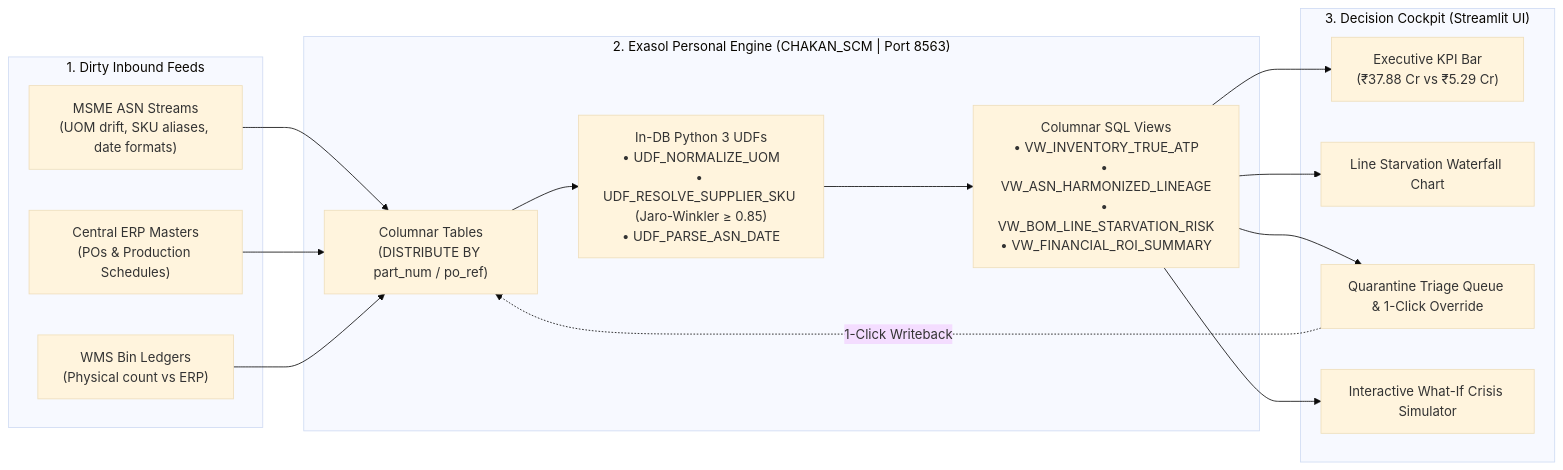
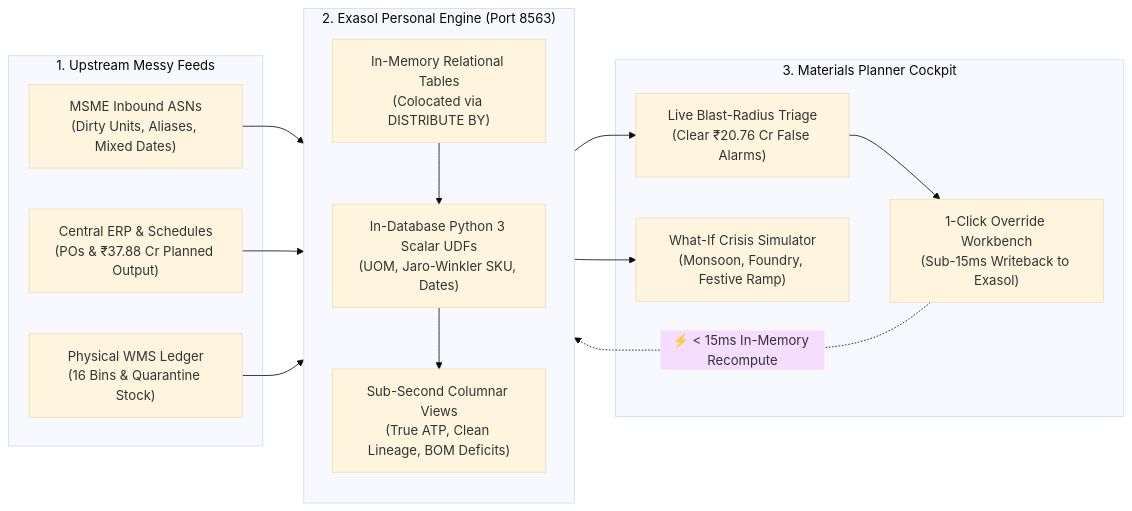
One commit to Khprateek/mangrove changed the first of 4 diagrams in README.md. Above: the diagram before and after it, drawn with Mermaid (base theme). The commit also changed other lines of this file and 2 other files, not shown here.

````diff
--- a/README.md
+++ b/README.md
@@ -86,26 +89,27 @@
 ```mermaid
 flowchart LR
-    subgraph S1 ["1. Dirty Inbound Feeds"]
-        F1["MSME ASN Streams<br/>(UOM drift, SKU aliases, date formats)"]
-        F2["Central ERP Masters<br/>(POs & Production Schedules)"]
-        F3["WMS Bin Ledgers<br/>(Physical count vs ERP)"]
+    subgraph S1 ["1. Upstream Messy Feeds"]
+        F1["MSME Inbound ASNs<br/>(Dirty Units, Aliases, Mixed Dates)"]
+        F2["Central ERP & Schedules<br/>(POs & ₹37.88 Cr Planned Output)"]
+        F3["Physical WMS Ledger<br/>(16 Bins & Quarantine Stock)"]
     end
 
-    subgraph S2 ["2. Exasol Personal Engine (CHAKAN_SCM | Port 8563)"]
-        T1["Columnar Tables<br/>(DISTRIBUTE BY part_num / po_ref)"]
-        UDF["In-DB Python 3 UDFs<br/>• UDF_NORMALIZE_UOM<br/>• UDF_RESOLVE_SUPPLIER_SKU (Jaro-Winkler ≥ 0.85)<br/>• UDF_PARSE_ASN_DATE"]
-        M1["Columnar SQL Views<br/>• VW_INVENTORY_TRUE_ATP<br/>• VW_ASN_HARMONIZED_LINEAGE<br/>• VW_BOM_LINE_STARVATION_RISK<br/>• VW_FINANCIAL_ROI_SUMMARY"]
-        T1 --> UDF --> M1
+    subgraph S2 ["2. Exasol Personal Engine (Port 8563)"]
+        direction TB
+        E1["In-Memory Relational Tables<br/>(Colocated via DISTRIBUTE BY)"]
+        E2["In-Database Python 3 Scalar UDFs<br/>(UOM, Jaro-Winkler SKU, Dates)"]
+        E3["Sub-Second Columnar Views<br/>(True ATP, Clean Lineage, BOM Deficits)"]
+        E1 --> E2 --> E3
     end
 
-    subgraph S3 ["3. Decision Cockpit (Streamlit UI)"]
-        C1["Executive KPI Bar<br/>(₹37.88 Cr vs ₹5.29 Cr)"]
-        C2["Line Starvation Waterfall Chart"]
-        C3["Quarantine Triage Queue & 1-Click Override"]
-        C4["Interactive What-If Crisis Simulator"]
-        M1 --> C1 & C2 & C3 & C4
-        C3 -. "1-Click Writeback" .-> T1
+    subgraph S3 ["3. Materials Planner Cockpit"]
+        C1["Live Blast-Radius Triage<br/>(Clear ₹20.76 Cr False Alarms)"]
+        C2["1-Click Override Workbench<br/>(Sub-15ms Writeback to Exasol)"]
+        C3["What-If Crisis Simulator<br/>(Monsoon, Foundry, Festive Ramp)"]
+        C1 --> C2
     end
 
-    F1 & F2 & F3 --> T1
+    F1 & F2 & F3 --> E1
+    E3 --> C1 & C3
+    C2 -. "⚡ < 15ms In-Memory Recompute" .-> E3
 ```
````
